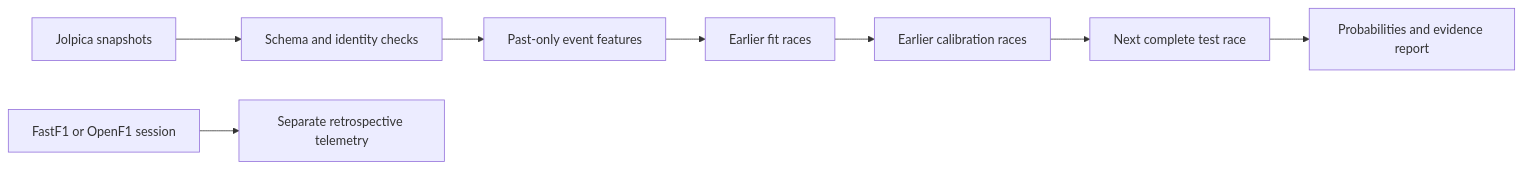
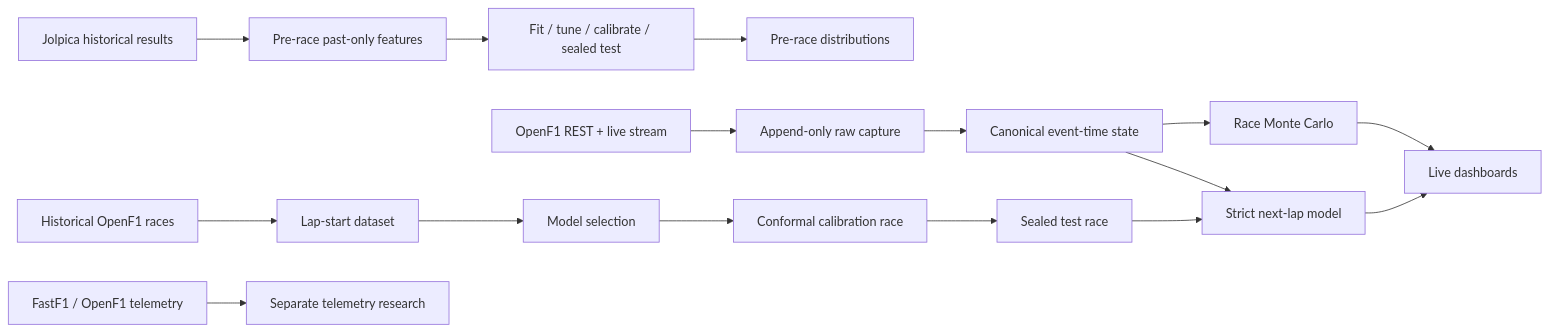
The diagram in README.md (Cugutayy/f1-race-modeling), drawn with Mermaid before and after one commit. The commit also changed other lines of this file, not shown here.

Commit message:
Rewrite README for live race intelligence platform

````diff
--- a/README.md
+++ b/README.md
@@ -48,10 +215,21 @@
 ```mermaid
 flowchart LR
-  A[Jolpica snapshots] --> B[Schema and identity checks]
-  B --> C[Past-only event features]
-  C --> D[Earlier fit races]
-  D --> E[Earlier calibration races]
-  E --> F[Next complete test race]
-  F --> G[Probabilities and evidence report]
-  H[FastF1 or OpenF1 session] --> I[Separate retrospective telemetry]
+  J[Jolpica historical results] --> PR[Pre-race past-only features]
+  PR --> BV2[Fit / tune / calibrate / sealed test]
+  BV2 --> P[Pre-race distributions]
+
+  O[OpenF1 REST + live stream] --> RAW[Append-only raw capture]
+  RAW --> S[Canonical event-time state]
+  S --> LP[Strict next-lap model]
+  S --> MC[Race Monte Carlo]
+  LP --> UI[Live dashboards]
+  MC --> UI
+
+  H[Historical OpenF1 races] --> LD[Lap-start dataset]
+  LD --> LSEL[Model selection]
+  LSEL --> CONF[Conformal calibration race]
+  CONF --> LTEST[Sealed test race]
+  LTEST --> LP
+
+  F[FastF1 / OpenF1 telemetry] --> T[Separate telemetry research]
 ```
````
